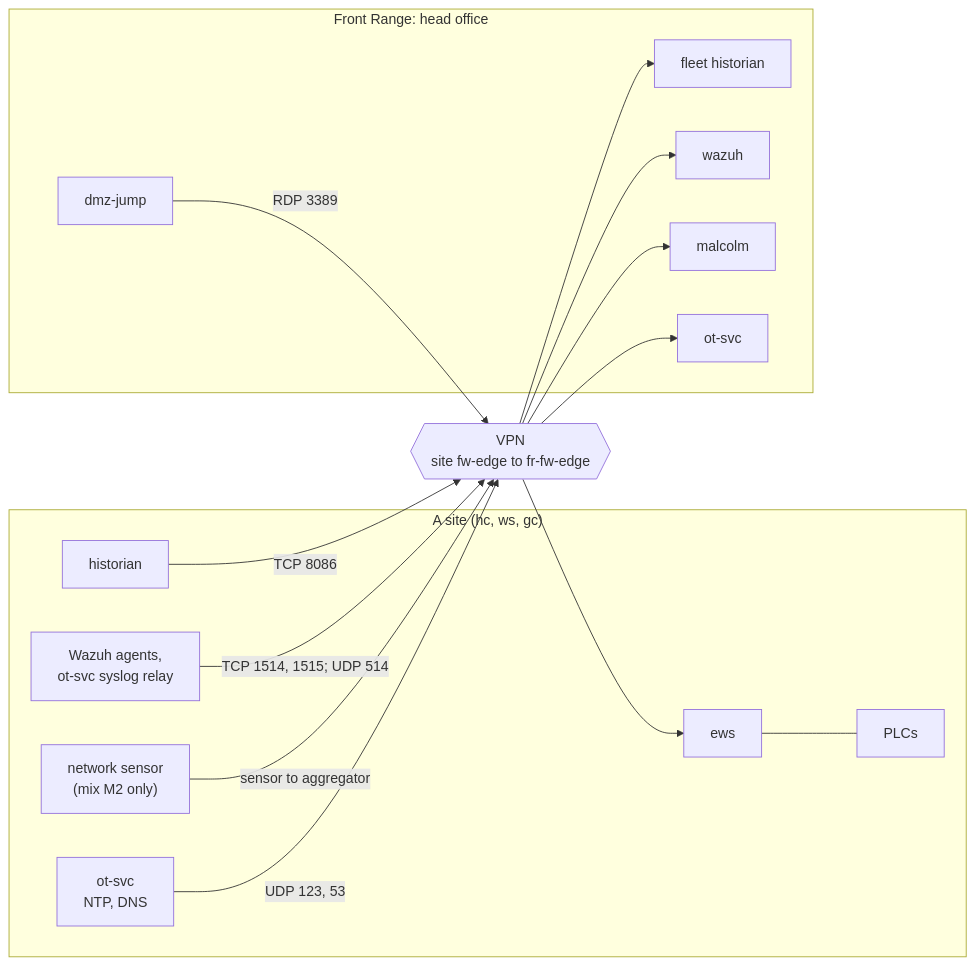
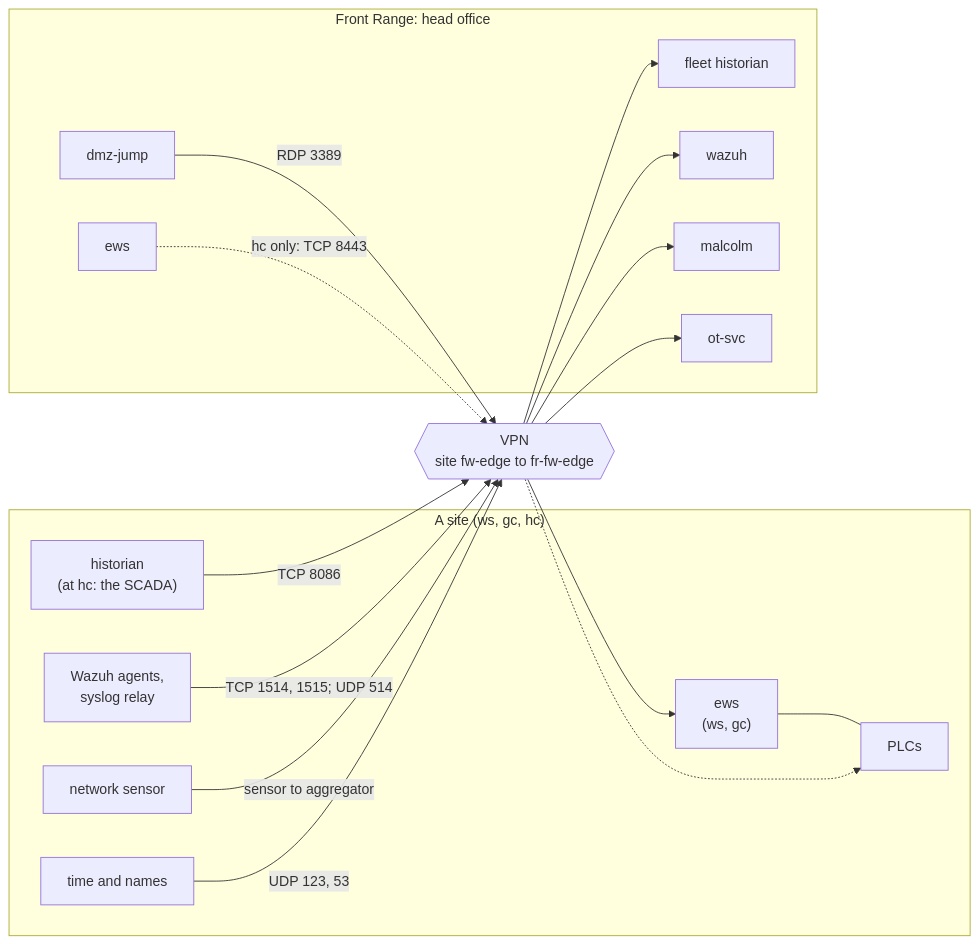
Before and after one commit to GhostofGoes/brew: the sixth of 10 diagrams in docs/multisite/PLANS.md, drawn with Mermaid. The commit also changed other lines of this file and 15 other files, not shown here.

````diff
--- a/docs/multisite/PLANS.md
+++ b/docs/multisite/PLANS.md
@@ -490,25 +643,27 @@
 ```mermaid
 flowchart LR
-  subgraph SITE["A site (hc, ws, gc)"]
-    SH["historian"]
-    SA["Wazuh agents,<br/>ot-svc syslog relay"]
-    SE["ews"]
-    SS["ot-svc<br/>NTP, DNS"]
-    SN["network sensor<br/>(mix M2 only)"]
+  subgraph SITE["A site (ws, gc, hc)"]
+    SH["historian<br/>(at hc: the SCADA)"]
+    SA["Wazuh agents,<br/>syslog relay"]
+    SE["ews<br/>(ws, gc)"]
+    SS["time and names"]
+    SN["network sensor"]
     SP["PLCs"]
   end
   VPN{{"VPN<br/>site fw-edge to fr-fw-edge"}}
   subgraph HQ["Front Range: head office"]
     FH["fleet historian"]
     WZ["wazuh"]
     MA["malcolm"]
     JP["dmz-jump"]
+    FE["ews"]
     FS["ot-svc"]
   end
   SH -->|"TCP 8086"| VPN --> FH
   SA -->|"TCP 1514, 1515; UDP 514"| VPN --> WZ
   SN -->|"sensor to aggregator"| VPN --> MA
   SS -->|"UDP 123, 53"| VPN --> FS
   JP -->|"RDP 3389"| VPN --> SE
   SE --- SP
+  FE -.->|"hc only: TCP 8443"| VPN -.-> SP
 ```
````
